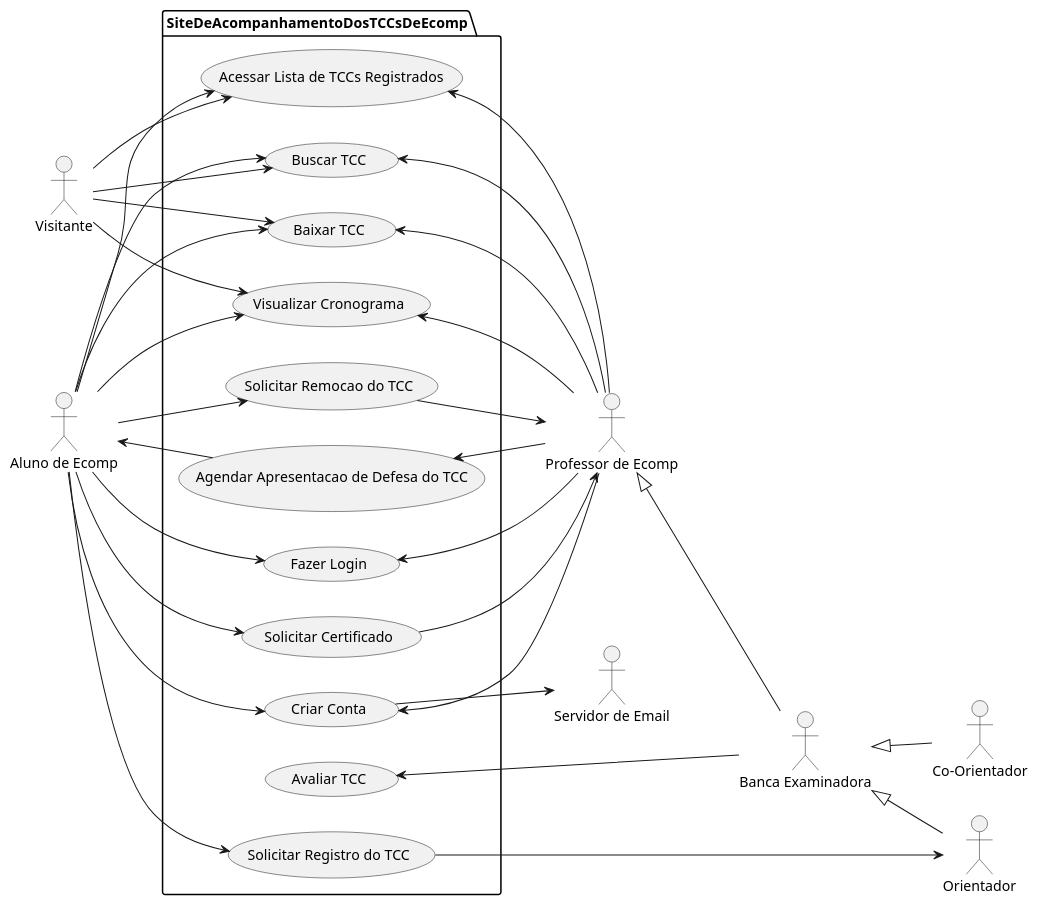
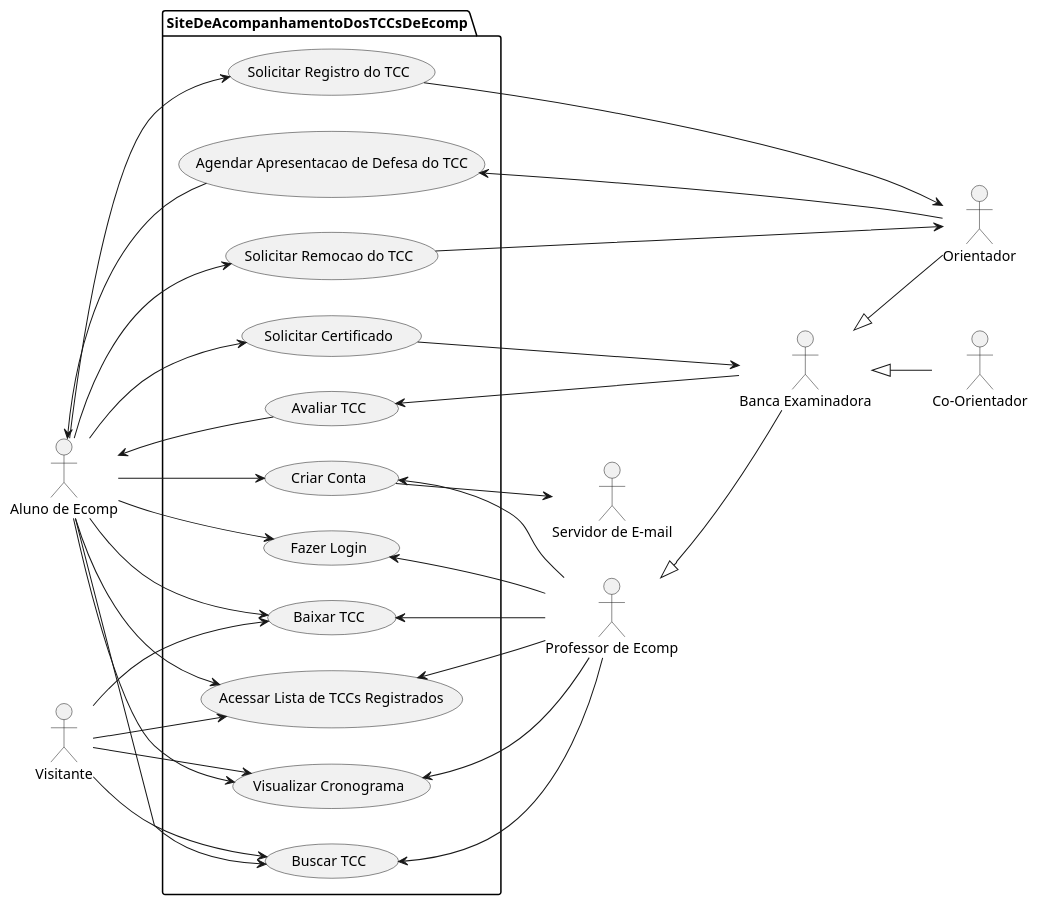
One commit to OsSociologos/SITCC changed the diagram in Casos de Uso/Especificações/reqs.md. Above: the diagram before and after it, drawn with PlantUML. The commit also changed other lines of this file, not shown here.

````diff
--- a/Casos de Uso/Especificações/reqs.md
+++ b/Casos de Uso/Especificações/reqs.md
@@ -19,63 +19,64 @@
 ```plantuml
 @startuml Diagrama de Casos de Uso
 
 left to right direction
 :Aluno de Ecomp:
 :Visitante: 
-:Servidor de Email:
+:Servidor de E-mail:
 :Professor de Ecomp: 
 :Orientador:
 :Co-Orientador:
 :Banca Examinadora:
 
 
 package SiteDeAcompanhamentoDosTCCsDeEcomp{
     (Criar Conta) 
     (Fazer Login) 
     (Visualizar Cronograma)
     (Solicitar Registro do TCC)
     (Acessar Lista de TCCs Registrados)
     (Baixar TCC)
     (Avaliar TCC)
     (Solicitar Certificado)
     (Agendar Apresentacao de Defesa do TCC)
     (Buscar TCC)
     (Solicitar Remocao do TCC)
 }
 
 :Visitante: --> (Visualizar Cronograma)
 :Visitante: --> (Acessar Lista de TCCs Registrados)
 :Visitante: --> (Baixar TCC)
 :Visitante: --> (Buscar TCC)
 
 :Professor de Ecomp: -up-> (Criar Conta)
 :Professor de Ecomp: -up-> (Fazer Login)
-:Professor de Ecomp: -up-> (Agendar Apresentacao de Defesa do TCC)
 :Professor de Ecomp: -up-> (Visualizar Cronograma)
 :Professor de Ecomp: -up-> (Acessar Lista de TCCs Registrados)
 :Professor de Ecomp: -up-> (Baixar TCC)
 :Professor de Ecomp: --> (Buscar TCC)
 
 :Aluno de Ecomp: --> (Criar Conta)
 :Aluno de Ecomp: --> (Fazer Login)
 :Aluno de Ecomp: --> (Solicitar Certificado)
 :Aluno de Ecomp: --> (Visualizar Cronograma)
 :Aluno de Ecomp: --> (Baixar TCC)
 :Aluno de Ecomp: --> (Acessar Lista de TCCs Registrados)
 :Aluno de Ecomp: --> (Solicitar Registro do TCC)
 :Aluno de Ecomp: --> (Buscar TCC)
 :Aluno de Ecomp: --> (Solicitar Remocao do TCC)
 
 :Orientador: -up-|> :Banca Examinadora:
 :Co-Orientador: -up-|> :Banca Examinadora:
 :Banca Examinadora: -up-|> :Professor de Ecomp:
 :Banca Examinadora: --> (Avaliar TCC)
+:Orientador: --> (Agendar Apresentacao de Defesa do TCC)
 
 (Agendar Apresentacao de Defesa do TCC) --> :Aluno de Ecomp:
-(Criar Conta) --> :Servidor de Email:
+(Criar Conta) --> :Servidor de E-mail:
 (Solicitar Registro do TCC) --> :Orientador:
-(Solicitar Certificado) --> :Professor de Ecomp:
-(Solicitar Remocao do TCC) --> :Professor de Ecomp:
+(Solicitar Certificado) --> :Banca Examinadora:
+(Solicitar Remocao do TCC) --> :Orientador:
+(Avaliar TCC) --> :Aluno de Ecomp:
 
 @enduml
 ```
````
